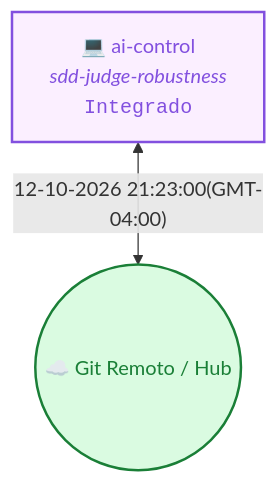
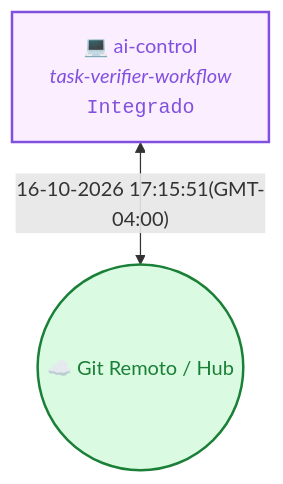
Before and after one commit to andreticba/kit-src-context: the diagram in README.md, drawn with Mermaid. The commit also changed other lines of this file and 10 other files, not shown here.

````diff
--- a/README.md
+++ b/README.md
@@ -20,8 +20,8 @@
 ```mermaid
 flowchart TD
   Cloud(("☁️ Git Remoto / Hub"))
-  M_17a6f667["💻 ai-control<br/><i>sdd-judge-robustness</i><br/><code>Integrado</code>"]
-  M_17a6f667 <-->|"12-10-2026 21:23:00(GMT-04:00)"| Cloud
+  M_17a6f667["💻 ai-control<br/><i>task-verifier-workflow</i><br/><code>Integrado</code>"]
+  M_17a6f667 <-->|"16-10-2026 17:15:51(GMT-04:00)"| Cloud
   style M_17a6f667 stroke:#8250df,stroke-width:2px,fill:#fbefff,color:#8250df
   style Cloud stroke:#1a7f37,stroke-width:2px,fill:#dafbe1,color:#1a7f37
 ```
````
